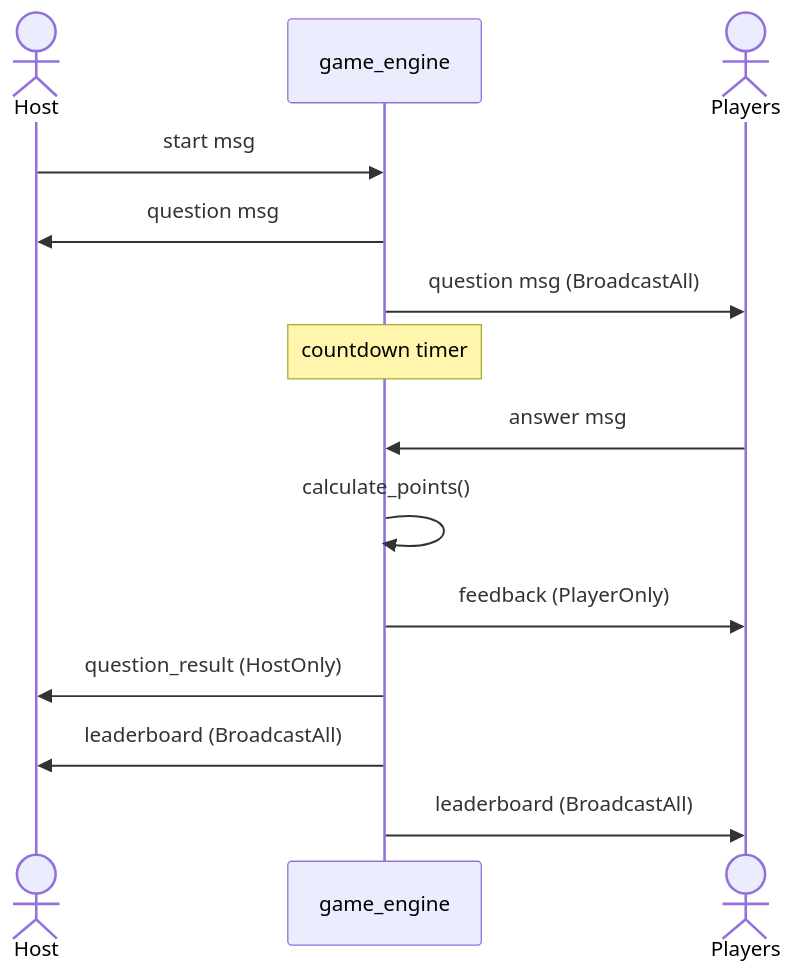
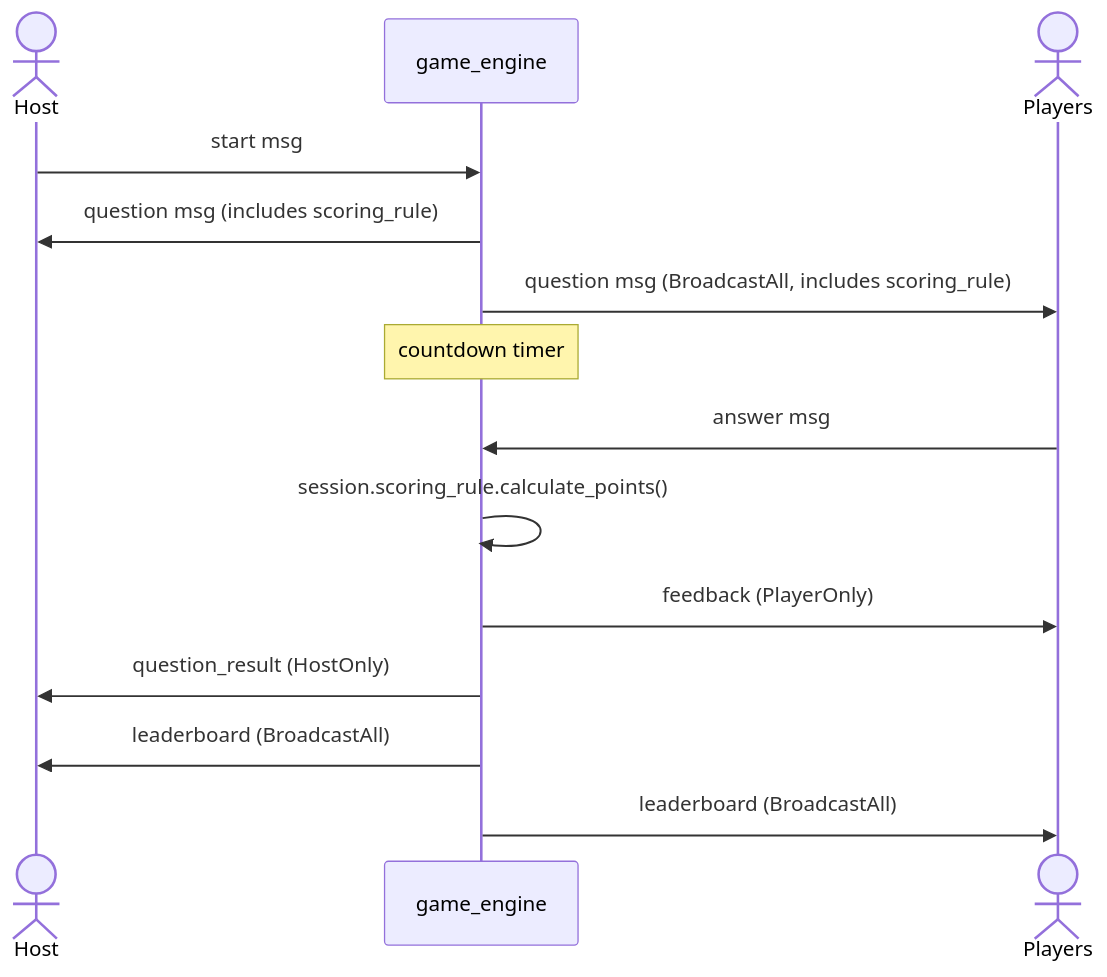
The diagram in docs/diagrams/flow-question.mmd (campeis/quiz-game), drawn with Mermaid before and after one commit. The commit also changed 41 other files, not shown here.

```diff
--- a/docs/diagrams/flow-question.mmd
+++ b/docs/diagrams/flow-question.mmd
@@ -1,15 +1,15 @@
 sequenceDiagram
     actor H as Host
     participant GE as game_engine
     actor PL as Players
 
     H->>GE: start msg
-    GE->>H: question msg
-    GE->>PL: question msg (BroadcastAll)
+    GE->>H: question msg (includes scoring_rule)
+    GE->>PL: question msg (BroadcastAll, includes scoring_rule)
     Note over GE: countdown timer
     PL->>GE: answer msg
-    GE->>GE: calculate_points()
+    GE->>GE: session.scoring_rule.calculate_points()
     GE->>PL: feedback (PlayerOnly)
     GE->>H: question_result (HostOnly)
     GE->>H: leaderboard (BroadcastAll)
     GE->>PL: leaderboard (BroadcastAll)
```
